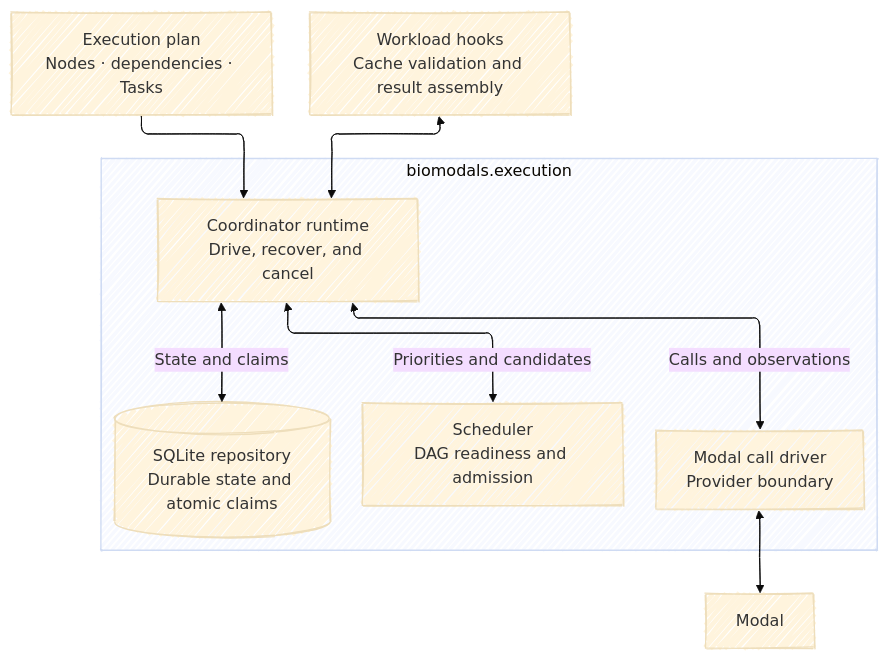
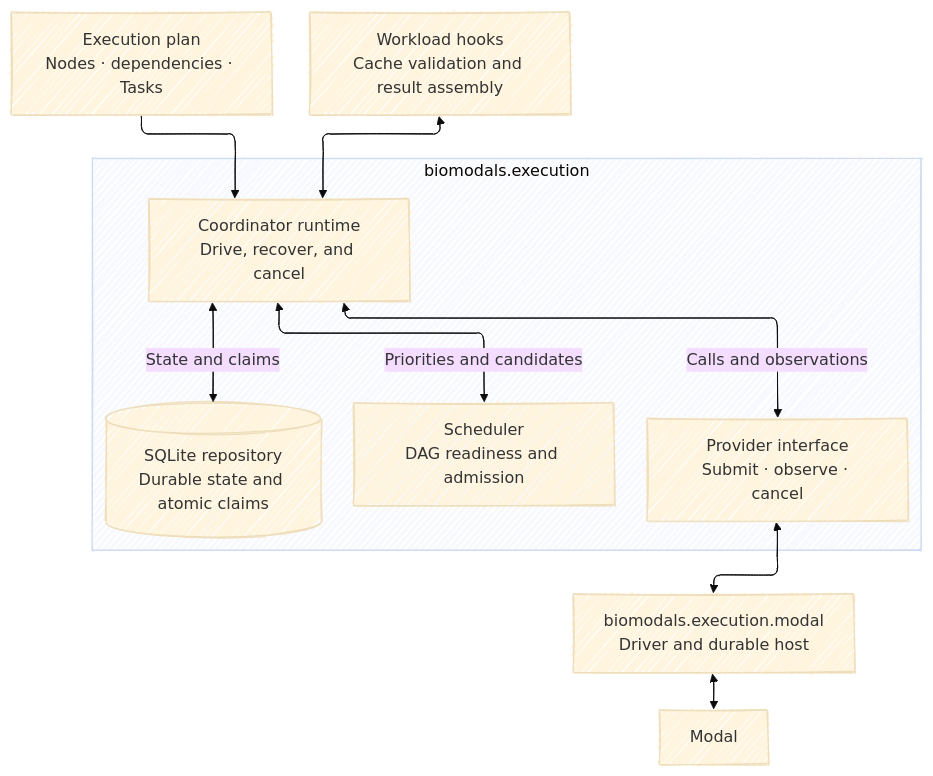
One commit to y1zhou/biomodals changed the second of 2 diagrams in README.md. Above: the diagram before and after it, drawn with Mermaid. The commit also changed other lines of this file and 7 other files, not shown here.

````diff
--- a/README.md
+++ b/README.md
@@ -54,29 +56,30 @@
 ```mermaid
 ---
 config:
   theme: base
   layout: elk
   look: handDrawn
   elk:
     mergeEdges: false
     nodePlacementStrategy: LINEAR_SEGMENTS
   flowchart:
     curve: rounded
 ---
 flowchart TD
     Plan["Execution plan<br/>Nodes · dependencies · Tasks"] --> Runtime
     Hooks["Workload hooks<br/>Cache validation and result assembly"] <--> Runtime
 
     subgraph Kernel["biomodals.execution"]
         Runtime["Coordinator runtime<br/>Drive, recover, and cancel"]
         Scheduler["Scheduler<br/>DAG readiness and admission"]
         Ledger[("SQLite repository<br/>Durable state and atomic claims")]
-        Driver["Modal call driver<br/>Provider boundary"]
+        Boundary["Provider interface<br/>Submit · observe · cancel"]
 
         Runtime <-->|"Priorities and candidates"| Scheduler
         Runtime <-->|"State and claims"| Ledger
-        Runtime <-->|"Calls and observations"| Driver
+        Runtime <-->|"Calls and observations"| Boundary
     end
 
-    Driver <--> Modal["Modal"]
+    Boundary <--> ModalHost["biomodals.execution.modal<br/>Driver and durable host"]
+    ModalHost <--> Modal["Modal"]
 ```
````
